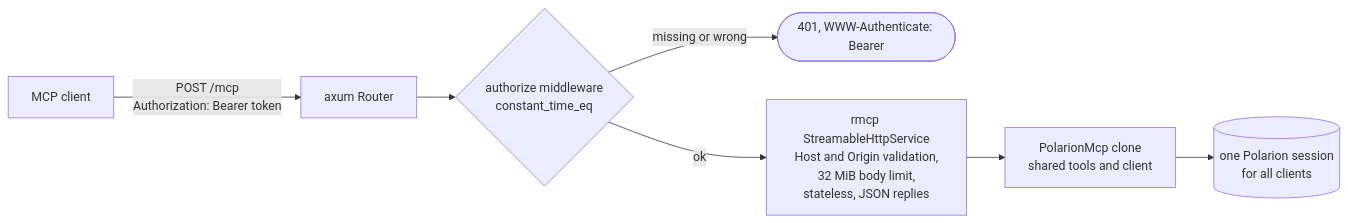
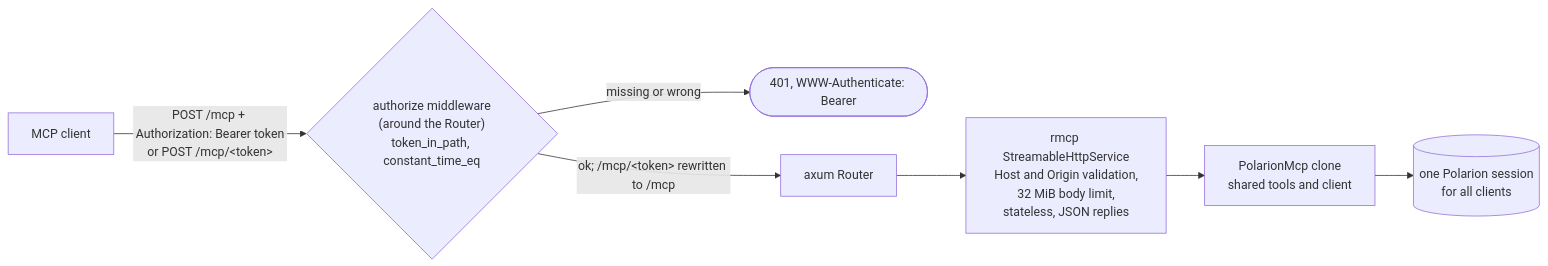
One commit to KevinGliewe/Polarion-rs changed the seventh of 7 diagrams in docs/front-ends.md. Above: the diagram before and after it, drawn with Mermaid. The commit also changed other lines of this file and 68 other files, not shown here.

````diff
--- a/docs/front-ends.md
+++ b/docs/front-ends.md
@@ -258,9 +258,9 @@
 ```mermaid
 flowchart LR
-    client["MCP client"] -- "POST /mcp<br/>Authorization: Bearer token" --> router["axum Router"]
-    router --> auth{"authorize middleware<br/>constant_time_eq"}
+    client["MCP client"] -- "POST /mcp + Authorization: Bearer token<br/>or POST /mcp/&lt;token&gt;" --> auth{"authorize middleware<br/>(around the Router)<br/>token_in_path, constant_time_eq"}
     auth -- "missing or wrong" --> r401(["401, WWW-Authenticate: Bearer"])
-    auth -- ok --> svc["rmcp StreamableHttpService<br/>Host and Origin validation,<br/>32 MiB body limit,<br/>stateless, JSON replies"]
+    auth -- "ok; /mcp/&lt;token&gt; rewritten to /mcp" --> router["axum Router"]
+    router --> svc["rmcp StreamableHttpService<br/>Host and Origin validation,<br/>32 MiB body limit,<br/>stateless, JSON replies"]
     svc --> h["PolarionMcp clone<br/>shared tools and client"]
     h --> pol[("one Polarion session<br/>for all clients")]
 ```
````
